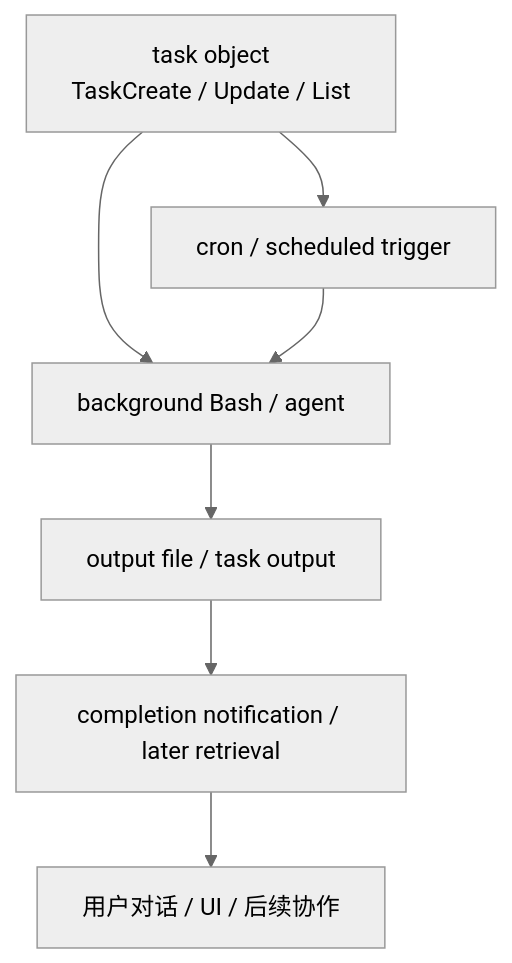
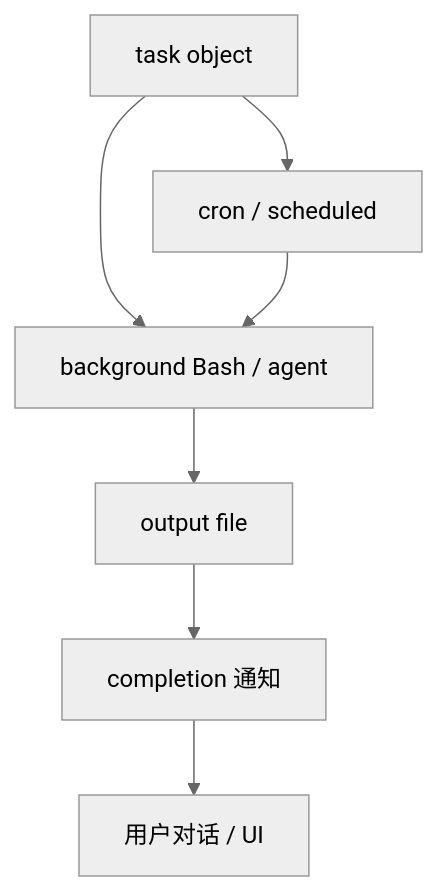
Before and after one commit to betaHi/betaHi.github.io: the diagram in claude-code-architecture/25-tasks-scheduling-and-background-execution.md, drawn with Mermaid (neutral theme). The commit also changed 12 other files, not shown here.

First line of the commit message:
Prevent mermaid clipping by shortening dense node labels

````diff
--- a/claude-code-architecture/25-tasks-scheduling-and-background-execution.md
+++ b/claude-code-architecture/25-tasks-scheduling-and-background-execution.md
@@ -46,9 +46,9 @@
 ```mermaid
 flowchart TD
-    T[task object<br/>TaskCreate / Update / List] --> B[background Bash / agent]
-    T --> C[cron / scheduled trigger]
+    T[task object] --> B[background Bash / agent]
+    T --> C[cron / scheduled]
     C --> B
-    B --> O[output file / task output]
-    O --> N[completion notification / later retrieval]
-    N --> U[用户对话 / UI / 后续协作]
+    B --> O[output file]
+    O --> N[completion 通知]
+    N --> U[用户对话 / UI]
 ```
````
